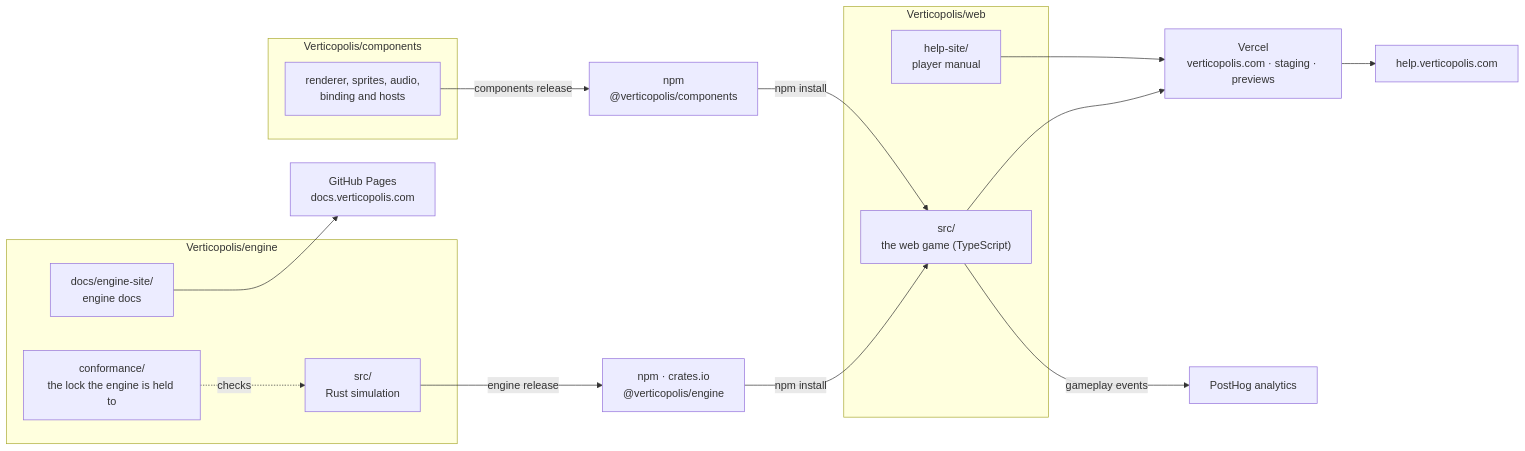
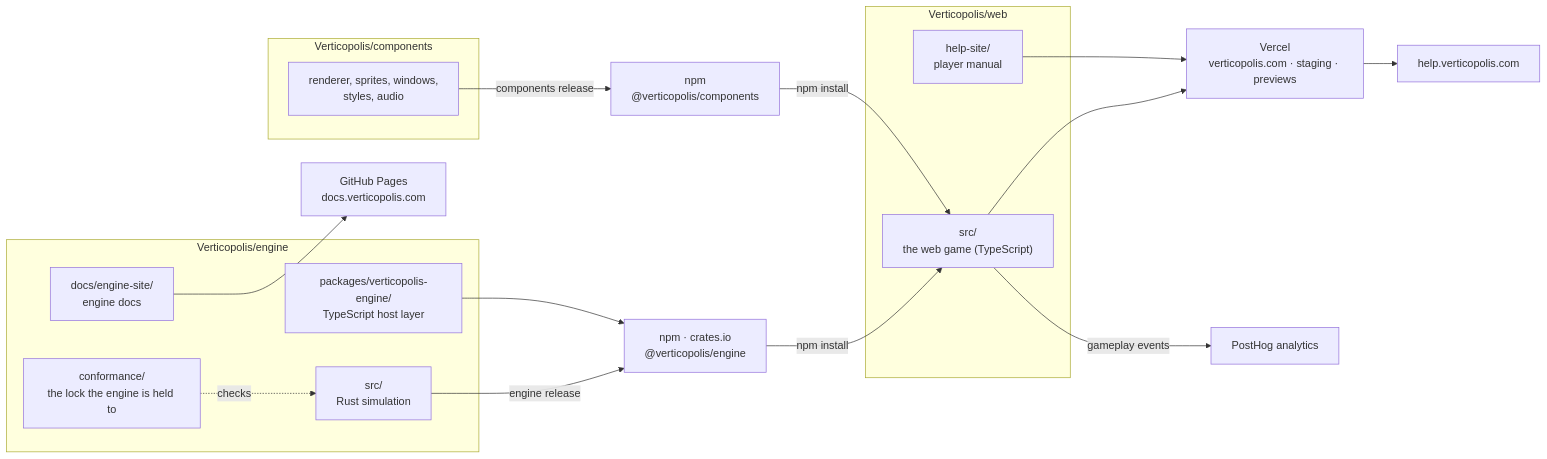
The diagram in docs/architecture/README.md (maniator/verticopolis), drawn with Mermaid before and after one commit. The commit also changed other lines of this file and 2 other files, not shown here.

First line of the commit message:
Trim ARCHITECTURE.md to the game and link the other two tours

````diff
--- a/docs/architecture/README.md
+++ b/docs/architecture/README.md
@@ -9,26 +12,28 @@
 ```mermaid
 flowchart LR
     subgraph engine["Verticopolis/engine"]
         Engine["src/<br/>Rust simulation"]
+        EngTS["packages/verticopolis-engine/<br/>TypeScript host layer"]
         Conf["conformance/<br/>the lock the engine is held to"]
         DocsSite["docs/engine-site/<br/>engine docs"]
     end
     subgraph components["Verticopolis/components"]
-        Comp["renderer, sprites, audio,<br/>binding and hosts"]
+        Comp["renderer, sprites, windows,<br/>styles, audio"]
     end
     subgraph repo["Verticopolis/web"]
         Web["src/<br/>the web game (TypeScript)"]
         Help["help-site/<br/>player manual"]
     end
 
     Engine -->|"engine release"| Registries["npm · crates.io<br/>@verticopolis/engine"]
+    EngTS --> Registries
     Conf -.checks.-> Engine
     Comp -->|"components release"| NpmComp["npm<br/>@verticopolis/components"]
     Registries -->|"npm install"| Web
     NpmComp -->|"npm install"| Web
     Web --> Vercel["Vercel<br/>verticopolis.com · staging · previews"]
     Help --> Vercel
     Vercel --> HelpHost["help.verticopolis.com"]
     DocsSite --> Pages["GitHub Pages<br/>docs.verticopolis.com"]
     Web -->|"gameplay events"| PostHog["PostHog analytics"]
 ```
````
